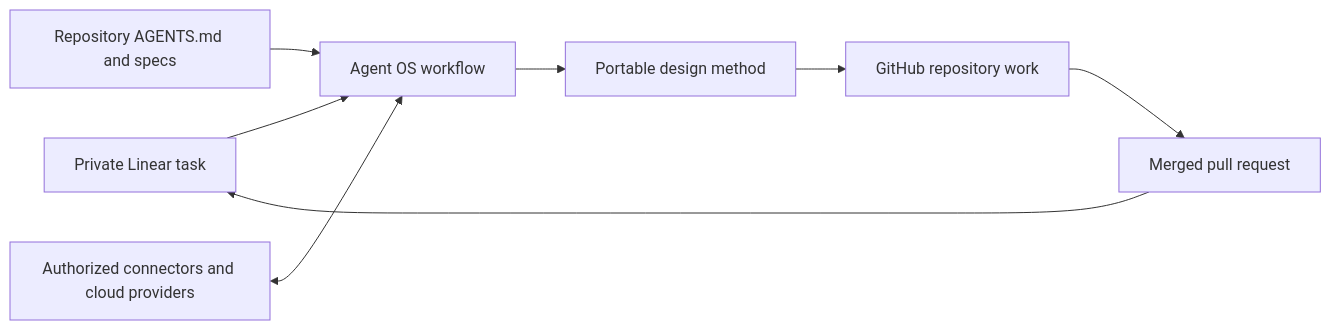
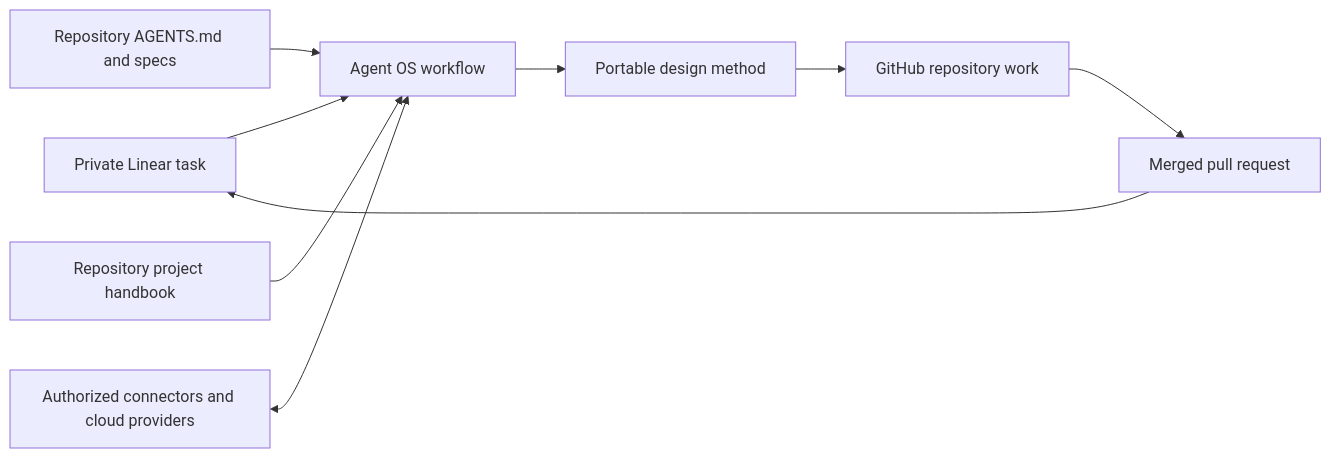
Before and after one commit to R1cK-ChaN/agent-os: the diagram in docs/architecture.md, drawn with Mermaid. The commit also changed other lines of this file and 23 other files, not shown here.

Commit message:
workflow: scaffold repository project handbooks

````diff
--- a/docs/architecture.md
+++ b/docs/architecture.md
@@ -16,10 +17,11 @@
 ```mermaid
 flowchart LR
     L[Private Linear task] --> O[Agent OS workflow]
     O --> D[Portable design method]
     D --> G[GitHub repository work]
     G --> P[Merged pull request]
     P --> L
     R[Repository AGENTS.md and specs] --> O
+    H[Repository project handbook] --> O
     C[Authorized connectors and cloud providers] <--> O
 ```
````
